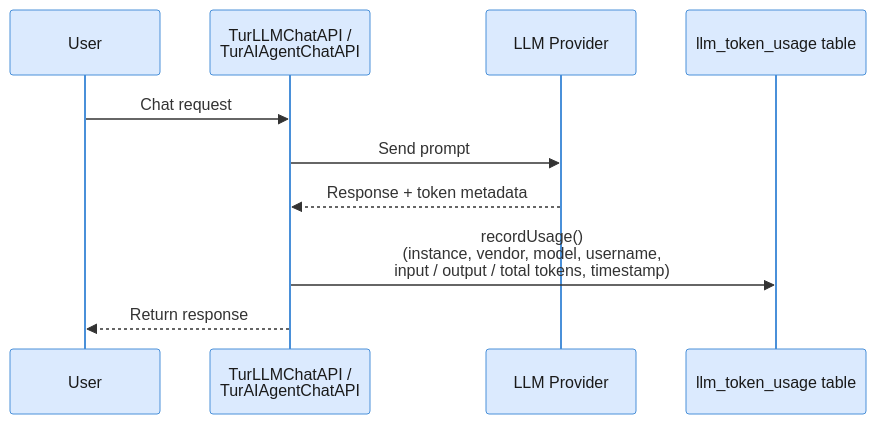
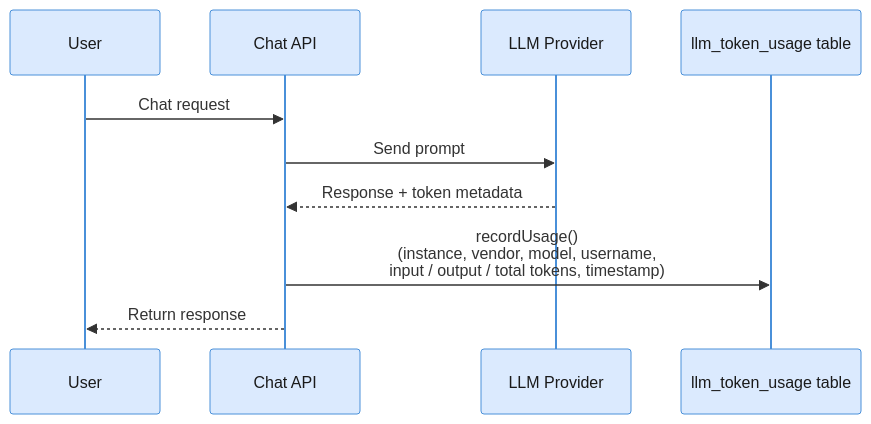
Before and after one commit to openviglet/docs: the diagram in docs-turing/token-usage.md, drawn with Mermaid. The commit also changed 12 other files, not shown here.

````diff
--- a/docs-turing/token-usage.md
+++ b/docs-turing/token-usage.md
@@ -85,14 +85,14 @@
 ```mermaid
 %%{init: {'theme': 'base', 'themeVariables': {'fontSize': '13px', 'actorBkg': '#dbeafe', 'actorBorder': '#4A90D9', 'actorTextColor': '#1a1a1a', 'activationBkgColor': '#ede9fe', 'activationBorderColor': '#9B6EC5', 'labelBoxBkgColor': '#fef3c7', 'labelBoxBorderColor': '#E8A838', 'labelTextColor': '#1a1a1a', 'noteBkgColor': '#dcfce7', 'noteBorderColor': '#50B86C', 'noteTextColor': '#1a1a1a', 'signalColor': '#333', 'signalTextColor': '#333'}}}%%
 sequenceDiagram
     participant User
-    participant API as TurLLMChatAPI /<br/>TurAIAgentChatAPI
+    participant API as Chat API
     participant LLM as LLM Provider
     participant DB as llm_token_usage table
 
     User->>API: Chat request
     API->>LLM: Send prompt
     LLM-->>API: Response + token metadata
     API->>DB: recordUsage()<br/>(instance, vendor, model, username,<br/>input / output / total tokens, timestamp)
     API-->>User: Return response
 ```
````
